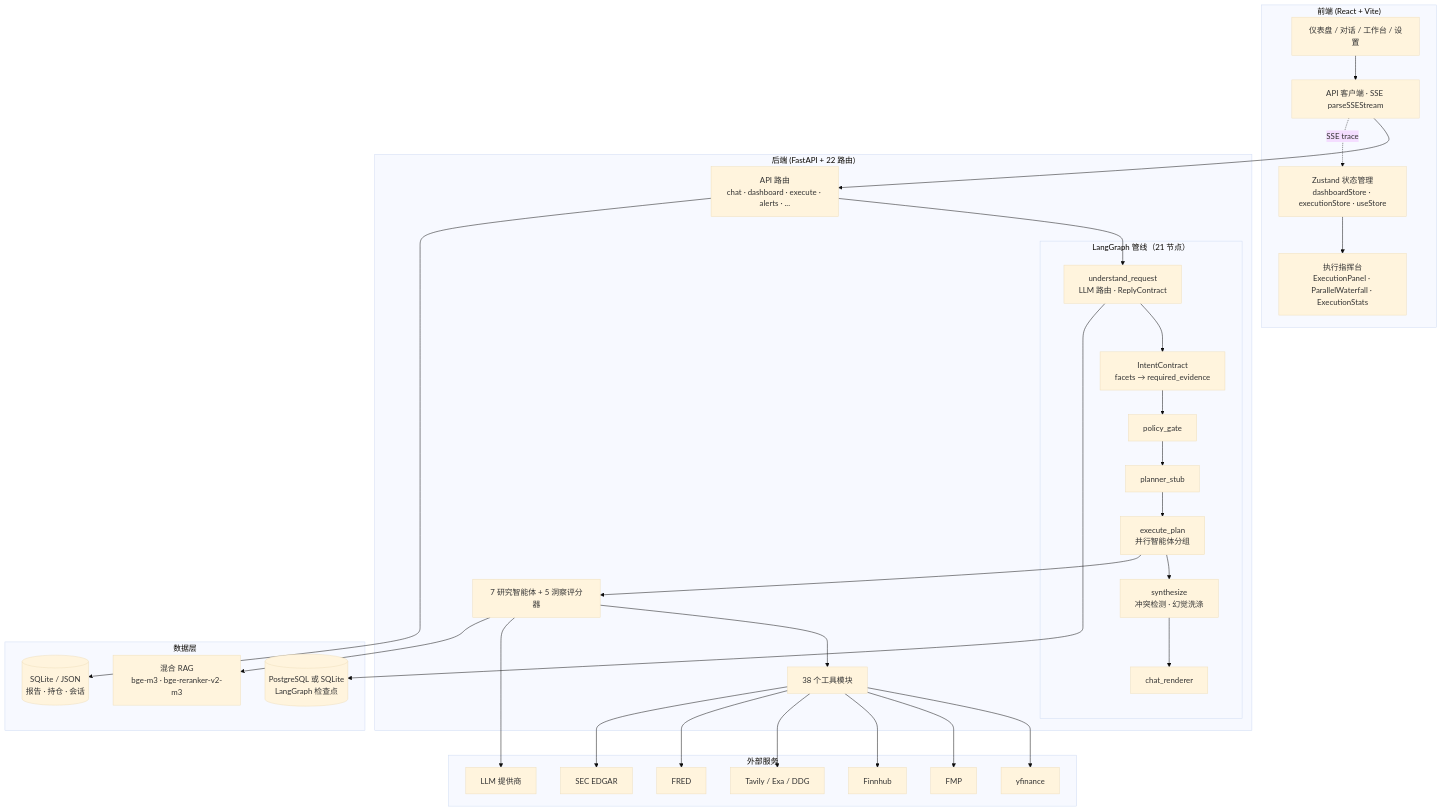
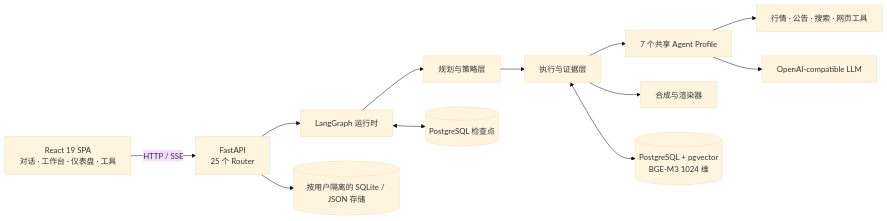
Before and after one commit to kkkano/FinSight: the first of 3 diagrams in README_CN.md, drawn with Mermaid (base theme). The commit also changed other lines of this file and 70 other files, not shown here.

Commit message:
docs: align architecture and archive superseded material

````diff
--- a/README_CN.md
+++ b/README_CN.md
@@ -161,46 +43,14 @@
 ```mermaid
-graph TB
-    subgraph "前端 (React + Vite)"
-        UI[仪表盘 / 对话 / 工作台 / 设置]
-        STORE[Zustand 状态管理<br/>dashboardStore · executionStore · useStore]
-        CONSOLE[执行指挥台<br/>ExecutionPanel · ParallelWaterfall · ExecutionStats]
-        API_CLIENT[API 客户端 · SSE parseSSEStream]
-    end
-
-    subgraph "后端 (FastAPI + 22 路由)"
-        ROUTER[API 路由<br/>chat · dashboard · execute · alerts · ...]
-        subgraph "LangGraph 管线（21 节点）"
-            UNDERSTAND[understand_request<br/>LLM 路由 · ReplyContract]
-            FRAME[IntentContract<br/>facets → required_evidence]
-            POLICY[policy_gate]
-            PLANNER[planner_stub]
-            EXEC[execute_plan<br/>并行智能体分组]
-            SYNTH[synthesize<br/>冲突检测 · 幻觉洗涤]
-            RENDER[chat_renderer]
-        end
-        AGENTS[7 研究智能体 + 5 洞察评分器]
-        TOOLS[38 个工具模块]
-    end
-
-    subgraph "数据层"
-        RAG[混合 RAG<br/>bge-m3 · bge-reranker-v2-m3]
-        CHECKPOINT[(PostgreSQL 或 SQLite<br/>LangGraph 检查点)]
-        BUSINESS[(SQLite / JSON<br/>报告 · 持仓 · 会话)]
-    end
-
-    subgraph "外部服务"
-        YFINANCE[yfinance] & FMP[FMP] & FINNHUB[Finnhub]
-        TAVILY[Tavily / Exa / DDG] & FRED[FRED] & SEC[SEC EDGAR]
-        LLM_API[LLM 提供商]
-    end
-
-    UI --> API_CLIENT --> ROUTER
-    API_CLIENT -.->|SSE trace| STORE --> CONSOLE
-    ROUTER --> UNDERSTAND --> FRAME --> POLICY --> PLANNER --> EXEC
-    ROUTER --> BUSINESS
-    UNDERSTAND --> CHECKPOINT
-    EXEC --> SYNTH --> RENDER
-    EXEC --> AGENTS --> TOOLS
-    TOOLS --> YFINANCE & FMP & FINNHUB & TAVILY & FRED & SEC
-    AGENTS --> LLM_API & RAG
+flowchart LR
+    UI[React 19 SPA\n对话 · 工作台 · 仪表盘 · 工具] -->|HTTP / SSE| API[FastAPI\n25 个 Router]
+    API --> GRAPH[LangGraph 运行时]
+    GRAPH --> POLICY[规划与策略层]
+    POLICY --> EXEC[执行与证据层]
+    EXEC --> AGENTS[7 个共享 Agent Profile]
+    EXEC --> SYNTH[合成与渲染器]
+    AGENTS --> TOOLS[行情 · 公告 · 搜索 · 网页工具]
+    AGENTS --> LLM[OpenAI-compatible LLM]
+    EXEC <--> RAG[(PostgreSQL + pgvector\nBGE-M3 1024 维)]
+    GRAPH <--> CP[(PostgreSQL 检查点)]
+    API --> LEGACY[(按用户隔离的 SQLite / JSON 存储)]
 ```
````
